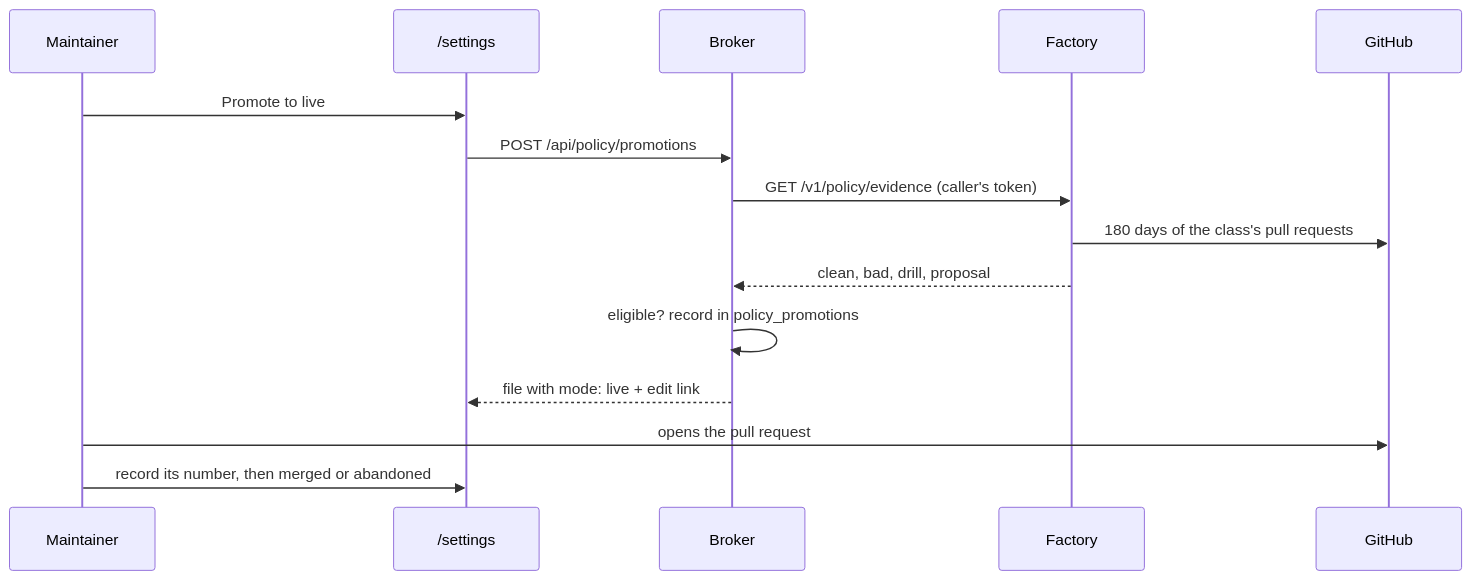
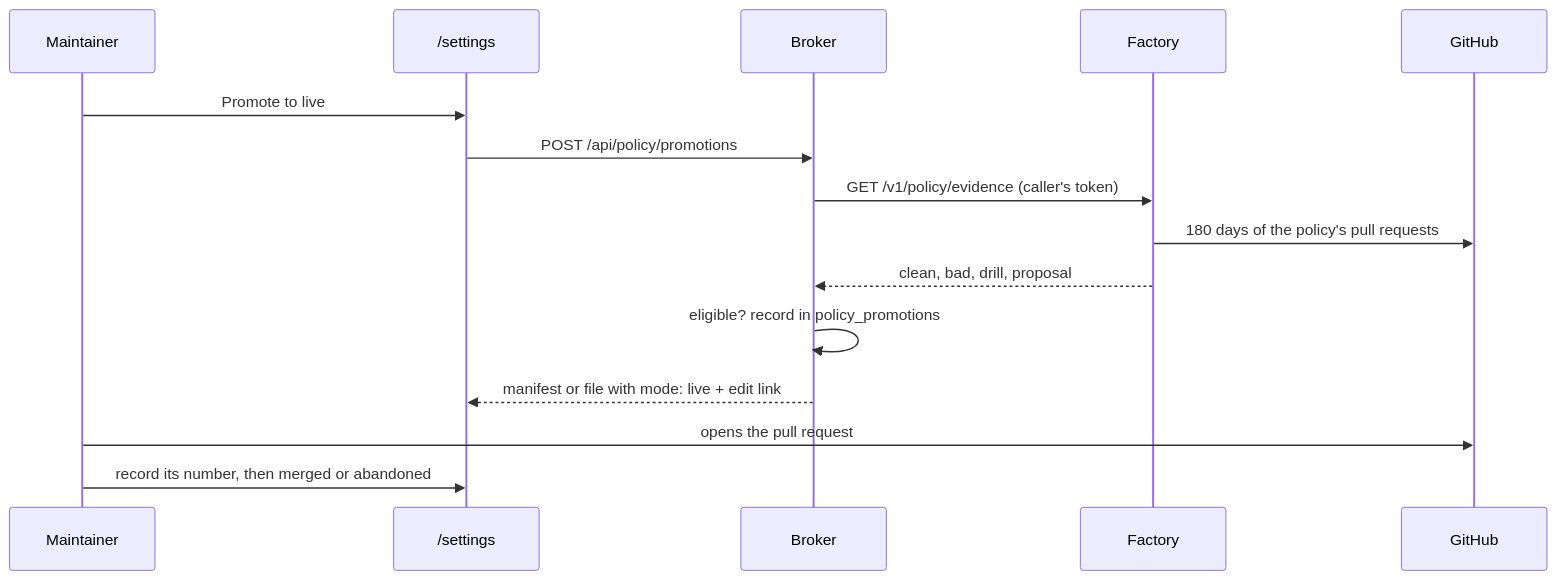
The fourth of 5 diagrams in docs/merge-policies.md (Smana/maku), drawn with Mermaid before and after one commit. The commit also changed other lines of this file and 113 other files, not shown here.

````diff
--- a/docs/merge-policies.md
+++ b/docs/merge-policies.md
@@ -795,17 +866,17 @@
 ```mermaid
 sequenceDiagram
   participant M as Maintainer
   participant UI as /settings
   participant B as Broker
   participant F as Factory
   participant GH as GitHub
   M->>UI: Promote to live
   UI->>B: POST /api/policy/promotions
   B->>F: GET /v1/policy/evidence (caller's token)
-  F->>GH: 180 days of the class's pull requests
+  F->>GH: 180 days of the policy's pull requests
   F-->>B: clean, bad, drill, proposal
   B->>B: eligible? record in policy_promotions
-  B-->>UI: file with mode: live + edit link
+  B-->>UI: manifest or file with mode: live + edit link
   M->>GH: opens the pull request
   M->>UI: record its number, then merged or abandoned
 ```
````
